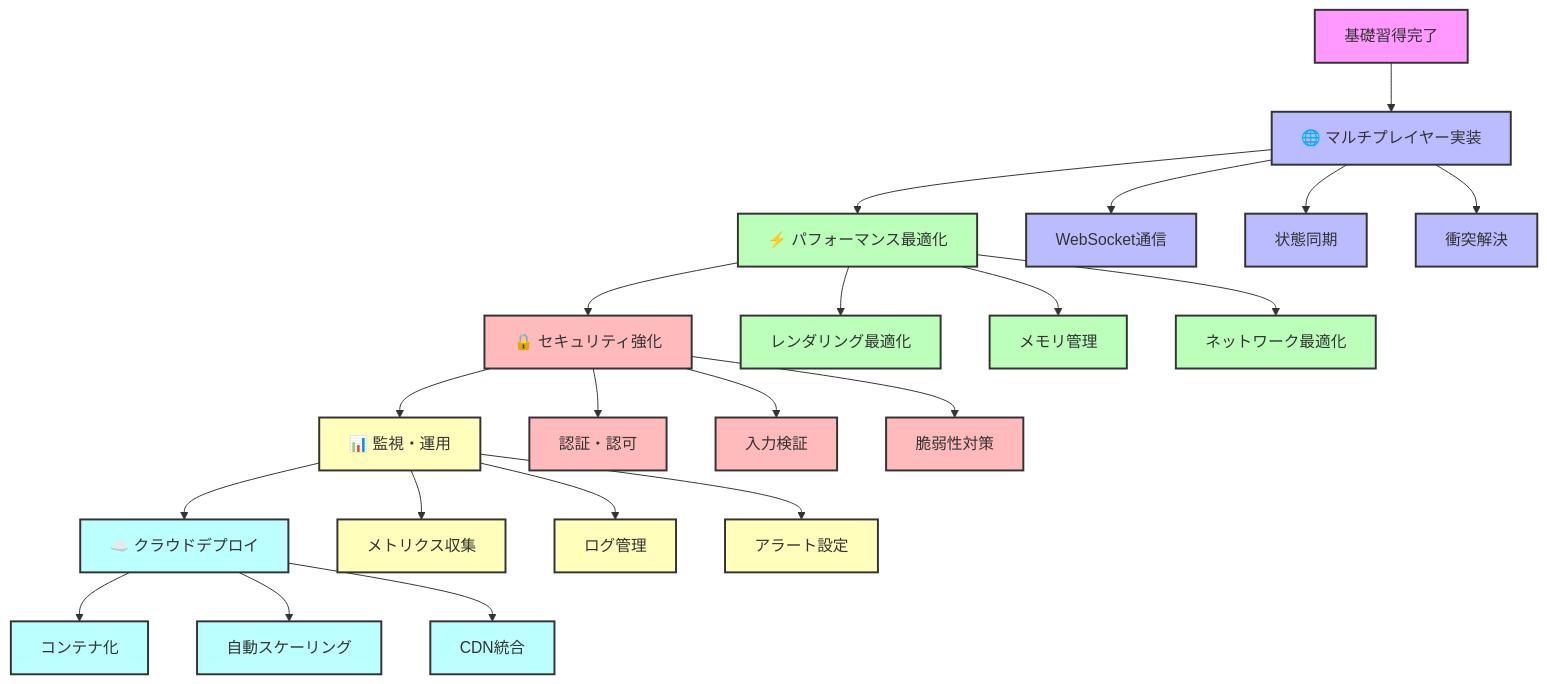
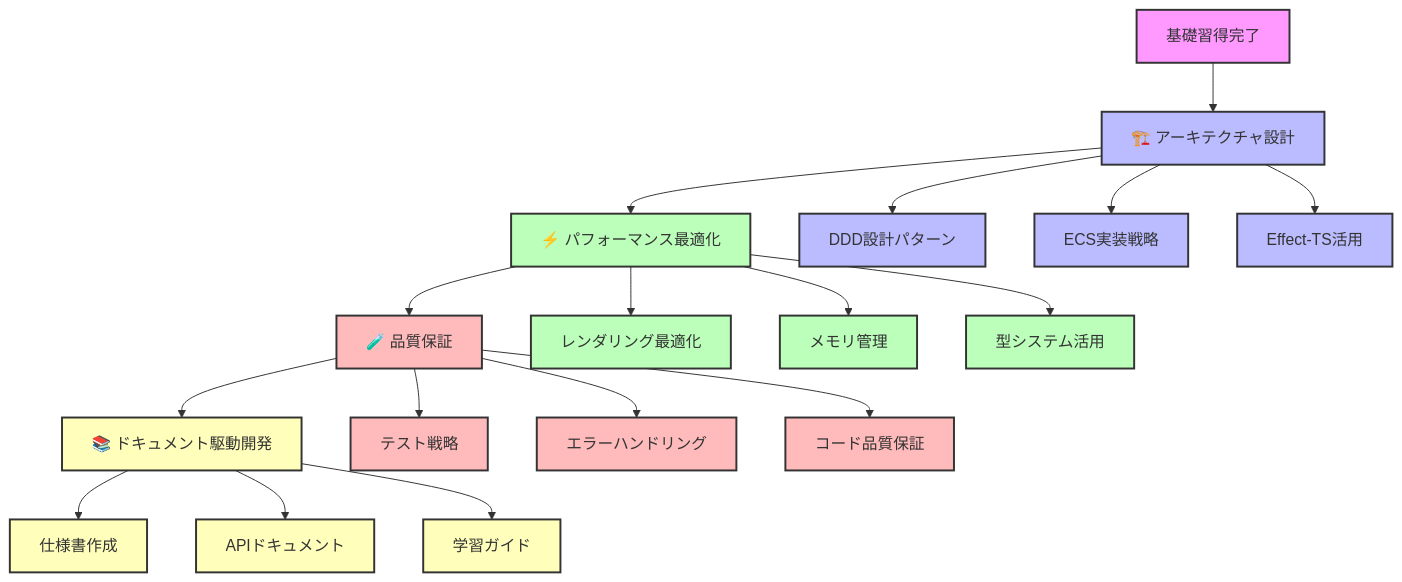
The diagram in docs/tutorials/advanced-topics/README.md (takeokunn/ts-minecraft), drawn with Mermaid before and after one commit. The commit also changed other lines of this file and 24 other files, not shown here.

First line of the commit message:
docs: update architecture, deployment, and advanced topics for integration

````diff
--- a/docs/tutorials/advanced-topics/README.md
+++ b/docs/tutorials/advanced-topics/README.md
@@ -25,42 +25,35 @@
 ```mermaid
 graph TD
-    A[基礎習得完了] --> B[🌐 マルチプレイヤー実装]
+    A[基礎習得完了] --> B[🏗️ アーキテクチャ設計]
     B --> C[⚡ パフォーマンス最適化]
-    C --> D[🔒 セキュリティ強化]
-    D --> E[📊 監視・運用]
-    E --> F[☁️ クラウドデプロイ]
+    C --> D[🧪 品質保証]
+    D --> E[📚 ドキュメント駆動開発]
 
-    B --> B1[WebSocket通信]
-    B --> B2[状態同期]
-    B --> B3[衝突解決]
+    B --> B1[DDD設計パターン]
+    B --> B2[ECS実装戦略]
+    B --> B3[Effect-TS活用]
 
     C --> C1[レンダリング最適化]
     C --> C2[メモリ管理]
-    C --> C3[ネットワーク最適化]
+    C --> C3[型システム活用]
 
-    D --> D1[認証・認可]
-    D --> D2[入力検証]
-    D --> D3[脆弱性対策]
+    D --> D1[テスト戦略]
+    D --> D2[エラーハンドリング]
+    D --> D3[コード品質保証]
 
-    E --> E1[メトリクス収集]
-    E --> E2[ログ管理]
-    E --> E3[アラート設定]
-
-    F --> F1[コンテナ化]
-    F --> F2[自動スケーリング]
-    F --> F3[CDN統合]
+    E --> E1[仕様書作成]
+    E --> E2[APIドキュメント]
+    E --> E3[学習ガイド]
 
     classDef foundation fill:#f9f,stroke:#333,stroke-width:2px
-    classDef network fill:#bbf,stroke:#333,stroke-width:2px
+    classDef architecture fill:#bbf,stroke:#333,stroke-width:2px
     classDef performance fill:#bfb,stroke:#333,stroke-width:2px
-    classDef security fill:#fbb,stroke:#333,stroke-width:2px
-    classDef ops fill:#ffb,stroke:#333,stroke-width:2px
-    classDef cloud fill:#bff,stroke:#333,stroke-width:2px
+    classDef quality fill:#fbb,stroke:#333,stroke-width:2px
+    classDef documentation fill:#ffb,stroke:#333,stroke-width:2px
 
     class A foundation
-    class B,B1,B2,B3 network
+    class B,B1,B2,B3 architecture
     class C,C1,C2,C3 performance
-    class D,D1,D2,D3 security
-    class E,E1,E2,E3 ops
-    class F,F1,F2,F3 cloud
+    class D,D1,D2,D3 quality
+    class E,E1,E2,E3 documentation
 ```
````
